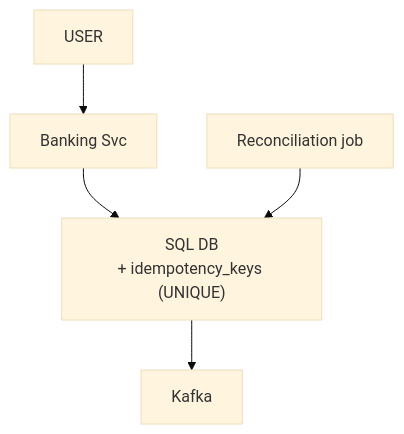
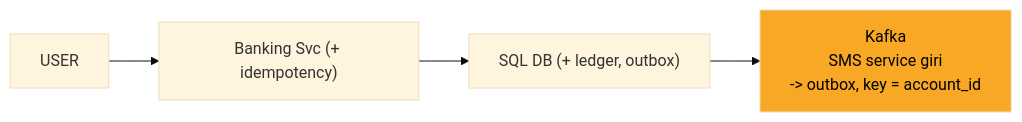
The sixth of 13 diagrams in 04_HLD/SYSTEM_DESIGNS/13_banking_system/13_banking_system.md (ArpanMaheshwari144/Prep), drawn with Mermaid (base theme) before and after one commit. The commit also changed other lines of this file and 2 other files, not shown here.

Commit message:
docs, kafka, banking: one-day story, short cards, follow-ups with rules, highlighted diagrams

````diff
--- a/04_HLD/SYSTEM_DESIGNS/13_banking_system/13_banking_system.md
+++ b/04_HLD/SYSTEM_DESIGNS/13_banking_system/13_banking_system.md
@@ -224,12 +197,11 @@
 ```mermaid
-flowchart TD
+flowchart LR
     n_USER["USER"]
-    n_Banking_Svc["Banking Svc"]
-    n_SQL_DB["SQL DB<br/>+ idempotency_keys (UNIQUE)"]
-    n_Kafka["Kafka"]
-    n_Reconciliation_job["Reconciliation job"]
-    n_USER --> n_Banking_Svc
-    n_Banking_Svc --> n_SQL_DB
-    n_SQL_DB --> n_Kafka
-    n_Reconciliation_job --> n_SQL_DB
+    n_SVC["Banking Svc (+ idempotency)"]
+    n_DB["SQL DB (+ ledger, outbox)"]
+    n_K["Kafka<br/>SMS service giri<br/>-> outbox, key = account_id"]
+    n_USER --> n_SVC
+    n_SVC --> n_DB
+    n_DB --> n_K
+    style n_K fill:#f9a825,color:#000
 ```
````
